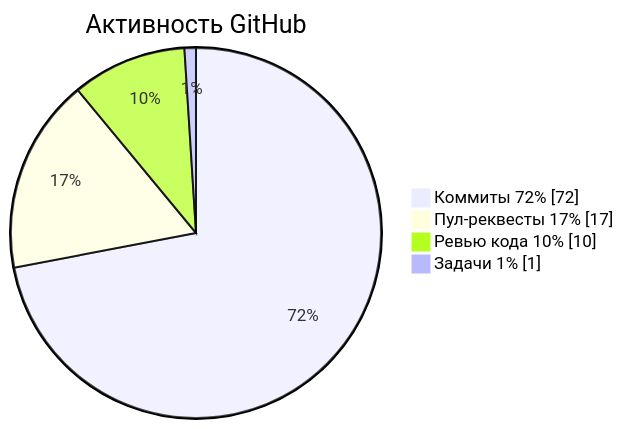
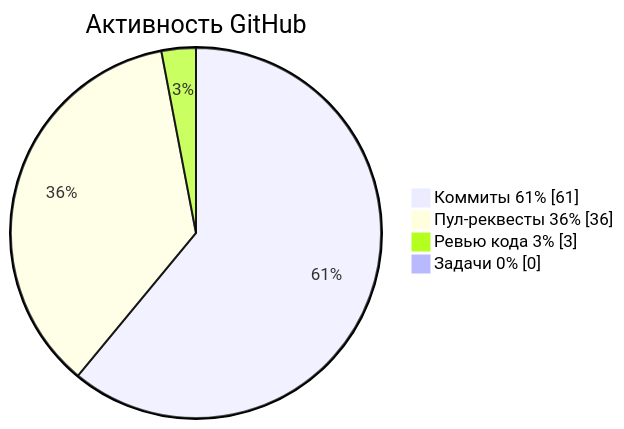
One commit to krotname/KrotName changed the diagram in README.md. Above: the diagram before and after it, drawn with Mermaid. The commit also changed other lines of this file and 1 other file, not shown here.

Commit message:
Update profile metrics

````diff
--- a/README.md
+++ b/README.md
@@ -47,8 +47,8 @@
 ```mermaid
 pie showData
     title Активность GitHub
-    "Коммиты 72%" : 72
-    "Пул-реквесты 17%" : 17
-    "Ревью кода 10%" : 10
-    "Задачи 1%" : 1
+    "Коммиты 61%" : 61
+    "Пул-реквесты 36%" : 36
+    "Ревью кода 3%" : 3
+    "Задачи 0%" : 0
 ```
````
